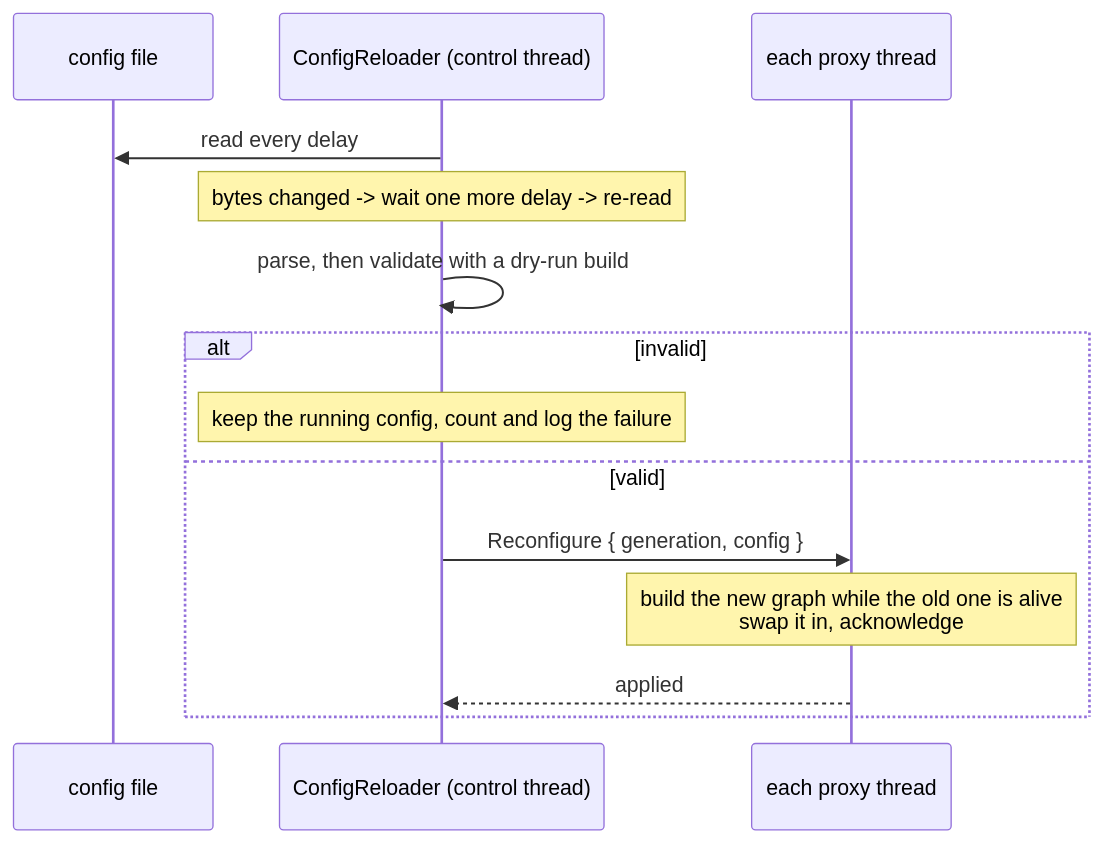
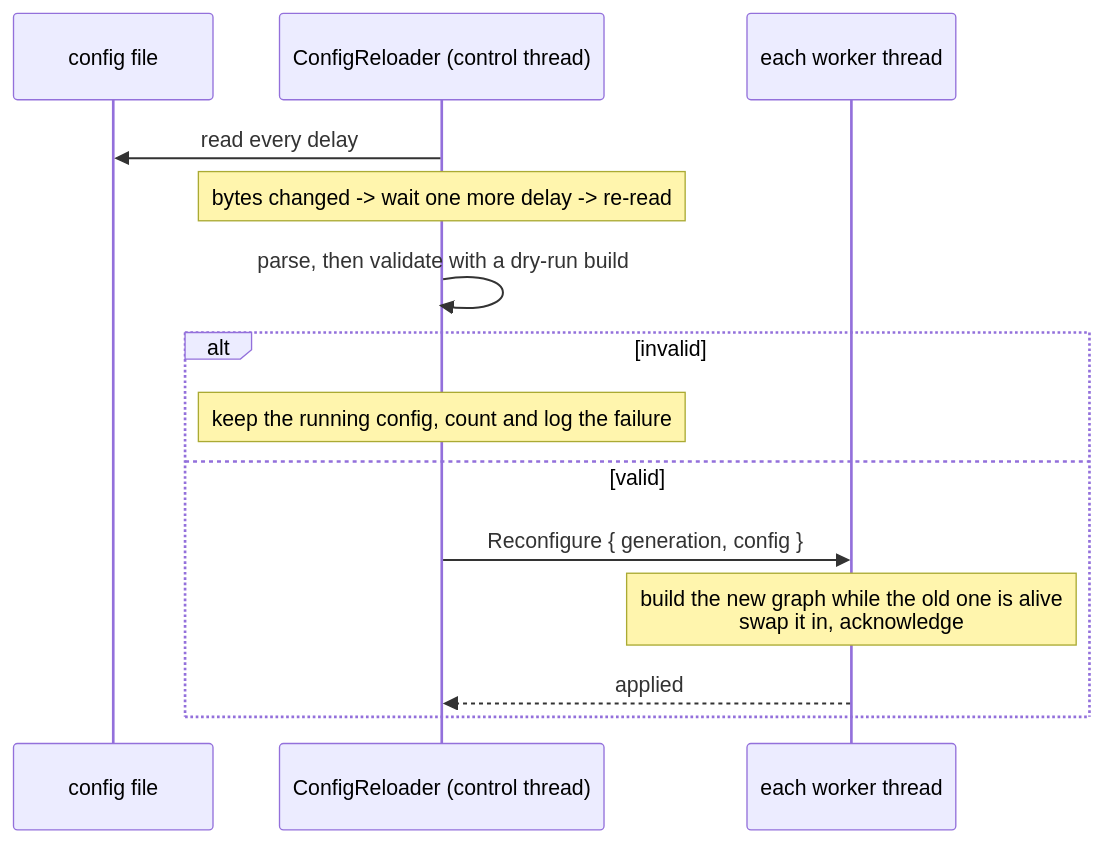
Before and after one commit to raydatray/rusty-mcrouter: the diagram in docs/architecture/config-reload.md, drawn with Mermaid. The commit also changed other lines of this file and 31 other files, not shown here.

Commit message:
[2/3][worker] rename proxy crate and worker-facing declarations

````diff
--- a/docs/architecture/config-reload.md
+++ b/docs/architecture/config-reload.md
@@ -42,17 +42,17 @@
 ```mermaid
 sequenceDiagram
     participant F as config file
     participant R as ConfigReloader (control thread)
-    participant P as each proxy thread
+    participant P as each worker thread
 
     R->>F: read every delay
     Note over R: bytes changed -> wait one more delay -> re-read
     R->>R: parse, then validate with a dry-run build
     alt invalid
         Note over R: keep the running config, count and log the failure
     else valid
         R->>P: Reconfigure { generation, config }
         Note over P: build the new graph while the old one is alive<br/>swap it in, acknowledge
         P-->>R: applied
     end
 ```
````
